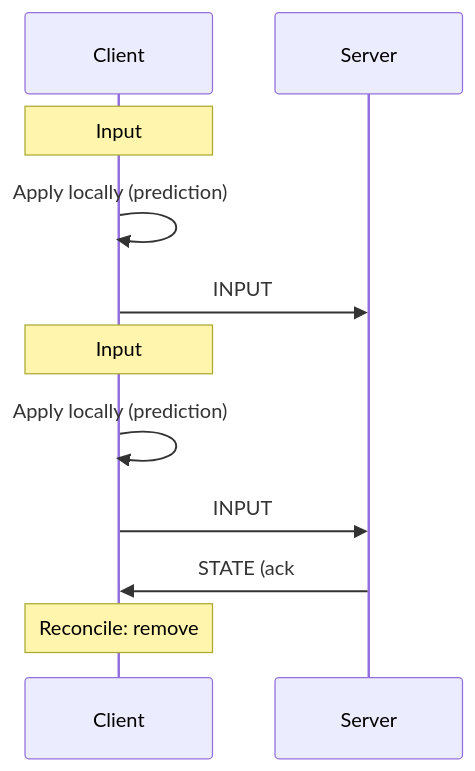
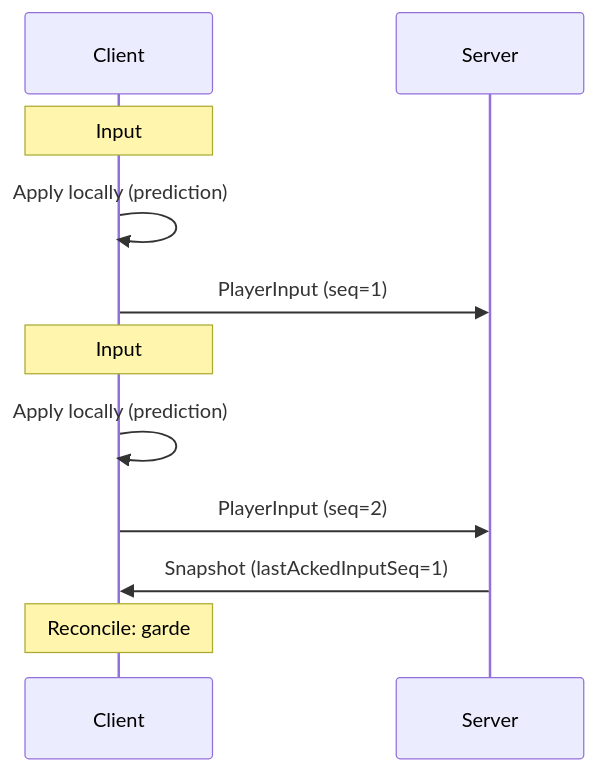
One commit to ChrisG-L/rtype changed the diagram in docs/technique/reseau/udp.md. Above: the diagram before and after it, drawn with Mermaid. The commit also changed other lines of this file and 29 other files, not shown here.

````diff
--- a/docs/technique/reseau/udp.md
+++ b/docs/technique/reseau/udp.md
@@ -148,16 +185,16 @@
 ```mermaid
 sequenceDiagram
     participant C as Client
     participant S as Server
 
-    Note over C: Input #1
+    Note over C: Input #1 (seq=1)
     C->>C: Apply locally (prediction)
-    C->>S: INPUT #1
+    C->>S: PlayerInput (seq=1)
 
-    Note over C: Input #2
+    Note over C: Input #2 (seq=2)
     C->>C: Apply locally (prediction)
-    C->>S: INPUT #2
+    C->>S: PlayerInput (seq=2)
 
-    S->>C: STATE (ack #1)
-    Note over C: Reconcile: remove #1, re-apply #2
+    S->>C: Snapshot (lastAckedInputSeq=1)
+    Note over C: Reconcile: garde #2, réapplique
 ```
````
